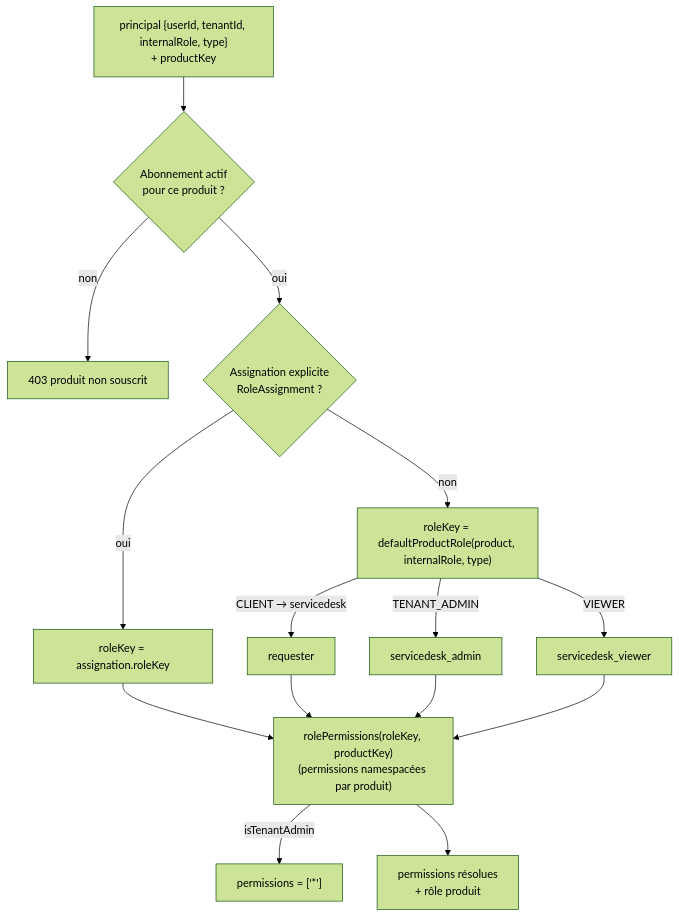
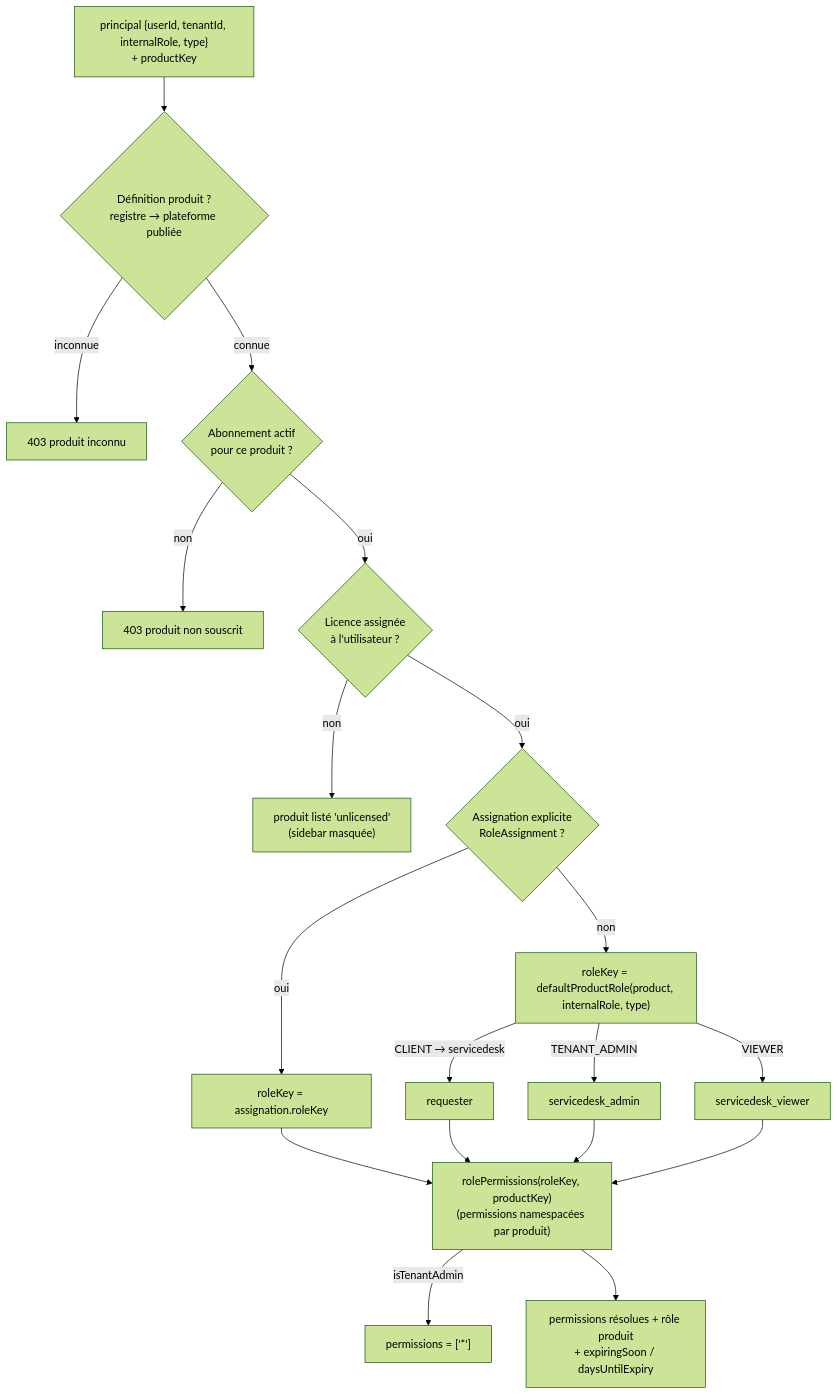
One commit to prologic-deployment/Fluidity changed the diagram in docs/architecture/07-entitlements-saas.md. Above: the diagram before and after it, drawn with Mermaid (forest theme). The commit also changed other lines of this file and 6 other files, not shown here.

````diff
--- a/docs/architecture/07-entitlements-saas.md
+++ b/docs/architecture/07-entitlements-saas.md
@@ -7,14 +9,18 @@
 ```mermaid
 flowchart TB
-  IN["principal {userId, tenantId, internalRole, type}<br/>+ productKey"] --> SUB{"Abonnement actif<br/>pour ce produit ?"}
+  IN["principal {userId, tenantId, internalRole, type}<br/>+ productKey"] --> DEF{"Définition produit ?<br/>registre → plateforme publiée"}
+  DEF -->|inconnue| DENY0["403 produit inconnu"]
+  DEF -->|connue| SUB{"Abonnement actif<br/>pour ce produit ?"}
   SUB -->|non| DENY["403 produit non souscrit"]
-  SUB -->|oui| ROLE{"Assignation explicite<br/>RoleAssignment ?"}
+  SUB -->|oui| LIC{"Licence assignée<br/>à l'utilisateur ?"}
+  LIC -->|non| UNL["produit listé 'unlicensed'<br/>(sidebar masquée)"]
+  LIC -->|oui| ROLE{"Assignation explicite<br/>RoleAssignment ?"}
   ROLE -->|oui| RK["roleKey = assignation.roleKey"]
-  ROLE -->|non| DEF["roleKey = defaultProductRole(product, internalRole, type)"]
-  DEF -->|"CLIENT → servicedesk"| REQ["requester"]
-  DEF -->|"TENANT_ADMIN"| SDA["servicedesk_admin"]
-  DEF -->|"VIEWER"| SDV["servicedesk_viewer"]
+  ROLE -->|non| DFR["roleKey = defaultProductRole(product, internalRole, type)"]
+  DFR -->|CLIENT → servicedesk| REQ["requester"]
+  DFR -->|TENANT_ADMIN| SDA["servicedesk_admin"]
+  DFR -->|VIEWER| SDV["servicedesk_viewer"]
   RK & REQ & SDA & SDV --> PERM["rolePermissions(roleKey, productKey)<br/>(permissions namespacées par produit)"]
-  PERM -->|"isTenantAdmin"| ALL["permissions = ['*']"]
-  PERM --> OUT["permissions résolues<br/>+ rôle produit"]
+  PERM -->|isTenantAdmin| ALL["permissions = ['*']"]
+  PERM --> OUT["permissions résolues + rôle produit<br/>+ expiringSoon / daysUntilExpiry"]
 ```
````
